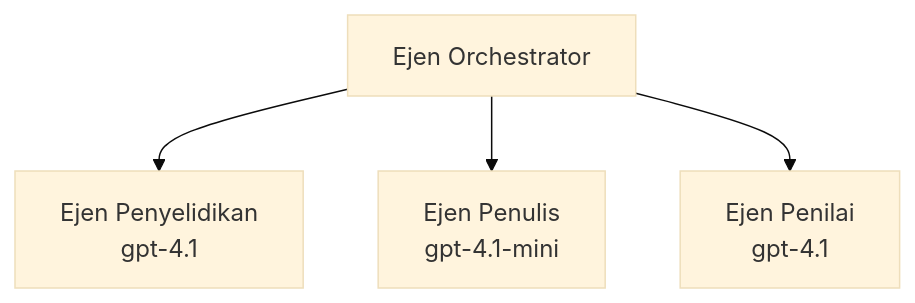
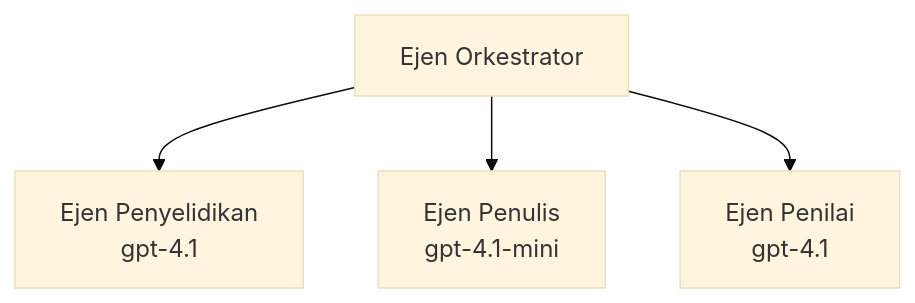
The third of 3 diagrams in translations/ms/docs/chapter-02-ai-development/agents.md (microsoft/AZD-for-beginners), drawn with Mermaid (base theme) before and after one commit. The commit also changed other lines of this file and 104 other files, not shown here.

````diff
--- a/translations/ms/docs/chapter-02-ai-development/agents.md
+++ b/translations/ms/docs/chapter-02-ai-development/agents.md
@@ -194,6 +201,6 @@
 ```mermaid
 graph TD
-    Orchestrator[Ejen Orchestrator] --> Research[Ejen Penyelidikan<br/>gpt-4.1]
+    Orchestrator[Ejen Orkestrator] --> Research[Ejen Penyelidikan<br/>gpt-4.1]
     Orchestrator --> Writer[Ejen Penulis<br/>gpt-4.1-mini]
     Orchestrator --> Reviewer[Ejen Penilai<br/>gpt-4.1]
 ```
````
